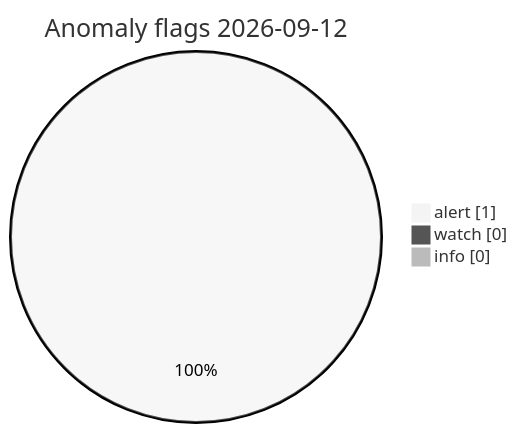
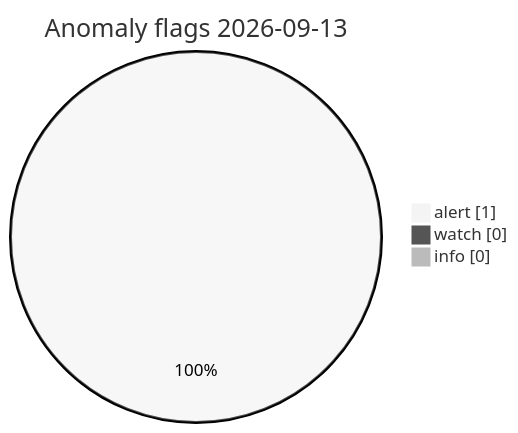
The diagram in visuals/latest/CHARTS.md (Midwest-Stratospheric/Unified-Open-Global-Weather), drawn with Mermaid (neutral theme) before and after one commit. The commit also changed other lines of this file and 11 other files, not shown here.

Commit message:
data(visuals): automated charts 2026-09-13T11:56Z

````diff
--- a/visuals/latest/CHARTS.md
+++ b/visuals/latest/CHARTS.md
@@ -73,7 +73,7 @@
 ```mermaid
 pie showData
-  title Anomaly flags 2026-09-12
+  title Anomaly flags 2026-09-13
   "alert" : 1
   "watch" : 0
   "info" : 0
 ```
````
